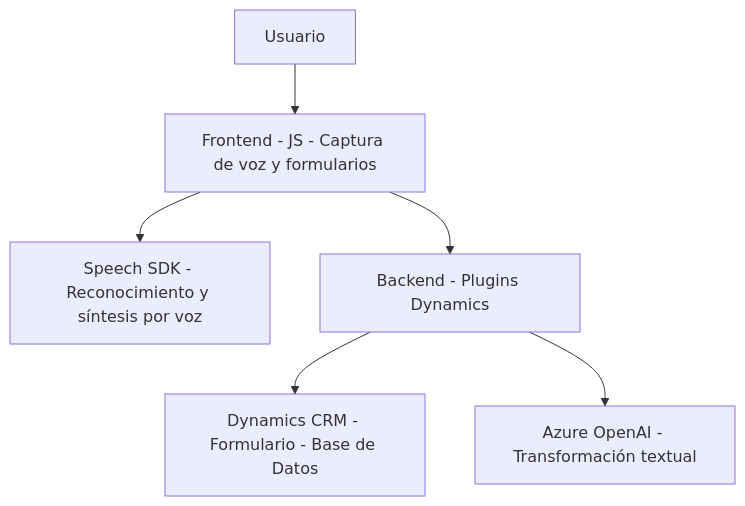
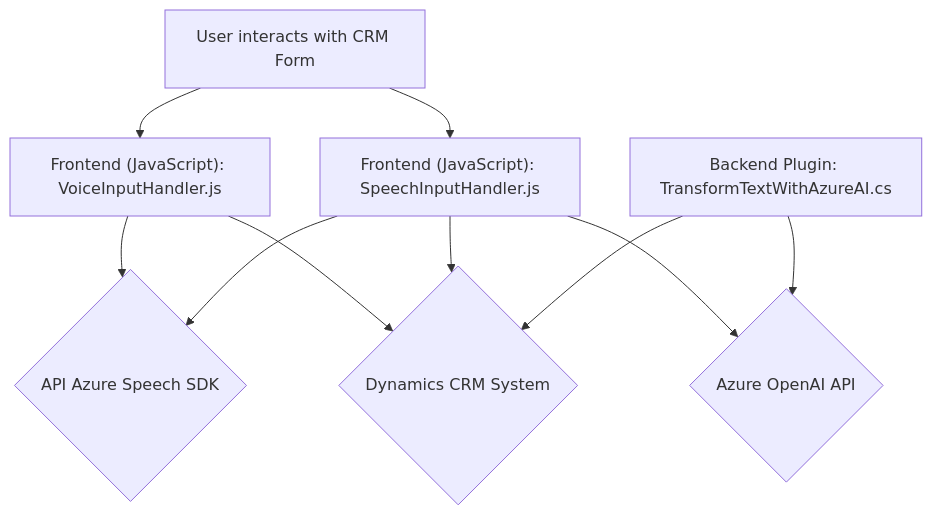
Before and after one commit to blopezdm/NETCORE_BILBAO2025: the diagram in README.md, drawn with Mermaid. The commit also changed other lines of this file, not shown here.

````diff
--- a/README.md
+++ b/README.md
@@ -40,15 +46,19 @@
 ```mermaid
 graph TD
-  A["Frontend - JS - Captura de voz y formularios"]
-  B["Speech SDK - Reconocimiento y síntesis por voz"]
-  C["Backend - Plugins Dynamics"]
-  D["Dynamics CRM - Formulario - Base de Datos"]
-  E["Azure OpenAI - Transformación textual"]
-  F["Usuario"]
-  
-  F --> A
-  A --> B
-  A --> C
-  C --> D
-  C --> E
+    A["User interacts with CRM Form"]
+    B["Frontend (JavaScript): VoiceInputHandler.js"]
+    C["Frontend (JavaScript): SpeechInputHandler.js"]
+    D["Backend Plugin: TransformTextWithAzureAI.cs"]
+    E{"API Azure Speech SDK"}
+    F{"Azure OpenAI API"}
+    G{"Dynamics CRM System"}
+    A --> B
+    A --> C
+    B --> E
+    B --> G
+    C --> E
+    C --> G
+    C --> F
+    D --> F
+    D --> G
 ```
````
